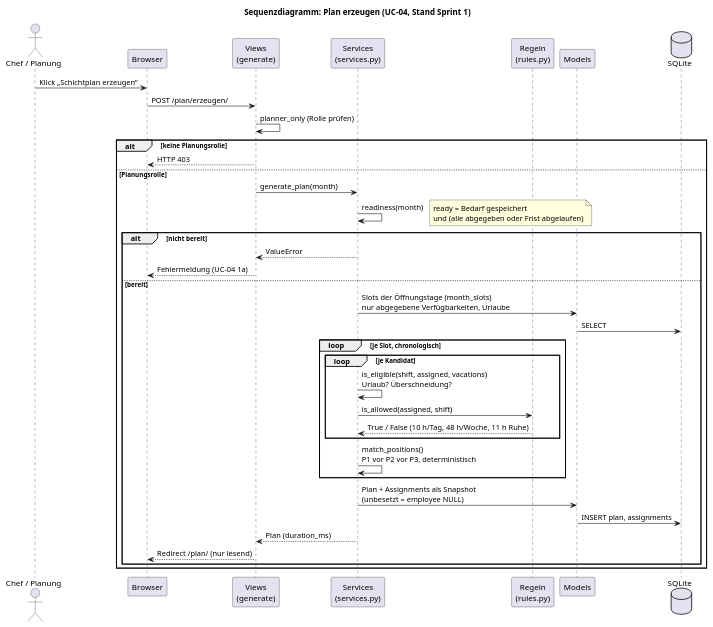
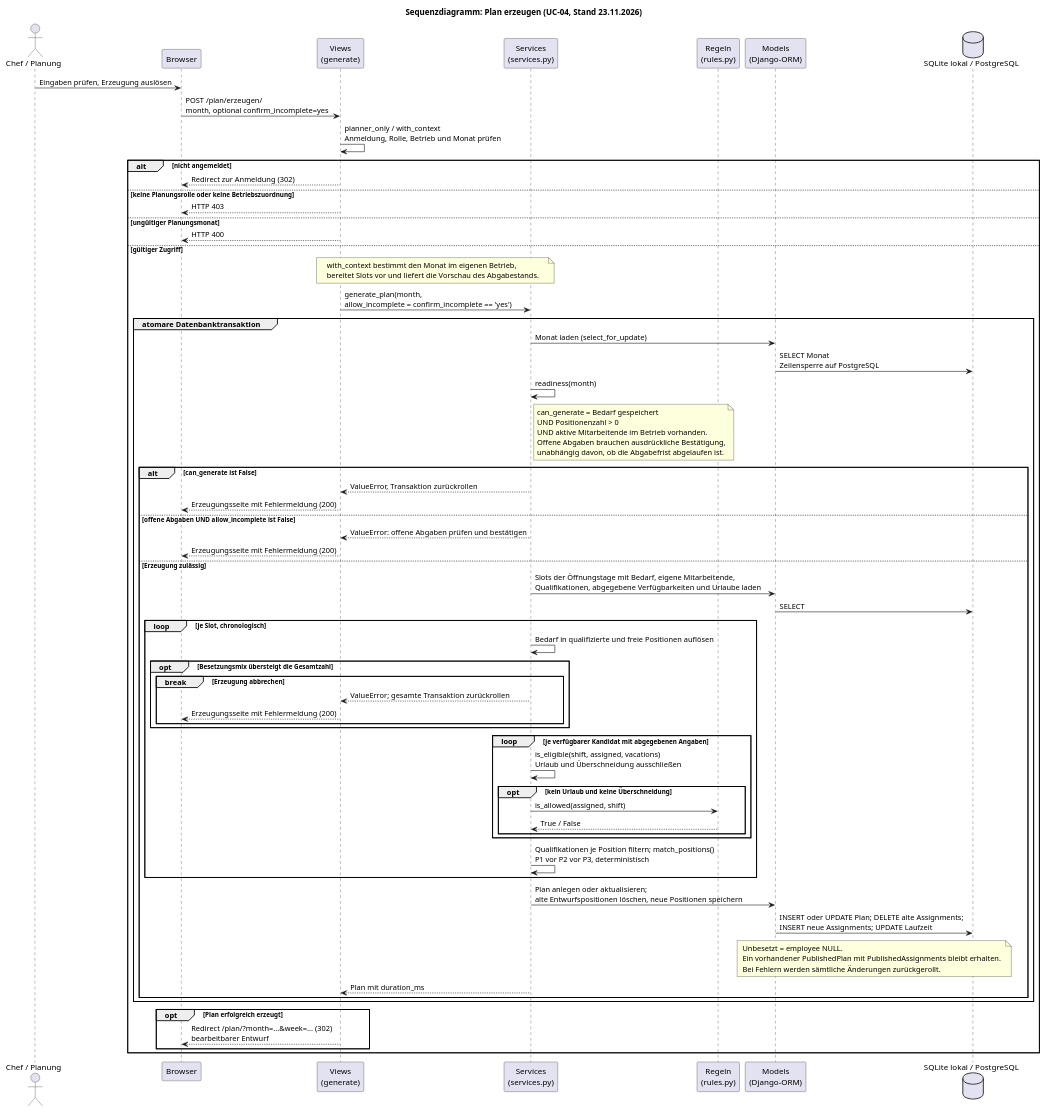
The diagram in docs/design/sequenz_plan_erzeugen.puml (shiftplanner-hsfl-team/shiftplanner), drawn with PlantUML before and after one commit. The commit also changed 8 other files, not shown here.

Commit message:
DESIGN #58: Übrige Entwurfsdiagramme und Architektur nachziehen

```diff
--- a/docs/design/sequenz_plan_erzeugen.puml
+++ b/docs/design/sequenz_plan_erzeugen.puml
@@ -1,47 +1,78 @@
 @startuml
-title Sequenzdiagramm: Plan erzeugen (UC-04, Stand Sprint 1)
+title Sequenzdiagramm: Plan erzeugen (UC-04, Stand 23.11.2026)
 
 actor "Chef / Planung" as chef
 participant "Browser" as browser
 participant "Views\n(generate)" as views
 participant "Services\n(services.py)" as services
 participant "Regeln\n(rules.py)" as rules
-participant "Models" as models
-database "SQLite" as db
+participant "Models\n(Django-ORM)" as models
+database "SQLite lokal / PostgreSQL" as db
 
-chef -> browser : Klick „Schichtplan erzeugen“
-browser -> views : POST /plan/erzeugen/
-views -> views : planner_only (Rolle prüfen)
-
-alt keine Planungsrolle
+chef -> browser : Eingaben prüfen, Erzeugung auslösen
+browser -> views : POST /plan/erzeugen/\nmonth, optional confirm_incomplete=yes
+views -> views : planner_only / with_context\nAnmeldung, Rolle, Betrieb und Monat prüfen
+alt nicht angemeldet
+  views --> browser : Redirect zur Anmeldung (302)
+else keine Planungsrolle oder keine Betriebszuordnung
   views --> browser : HTTP 403
-else Planungsrolle
-  views -> services : generate_plan(month)
-  services -> services : readiness(month)
-  note right
-    ready = Bedarf gespeichert
-    und (alle abgegeben oder Frist abgelaufen)
+else ungültiger Planungsmonat
+  views --> browser : HTTP 400
+else gültiger Zugriff
+  note over views, services
+    with_context bestimmt den Monat im eigenen Betrieb,
+    bereitet Slots vor und liefert die Vorschau des Abgabestands.
   end note
-
-  alt nicht bereit
-    services --> views : ValueError
-    views --> browser : Fehlermeldung (UC-04 1a)
-  else bereit
-    services -> models : Slots der Öffnungstage (month_slots)\nnur abgegebene Verfügbarkeiten, Urlaube
-    models -> db : SELECT
-    loop je Slot, chronologisch
-      loop je Kandidat
-        services -> services : is_eligible(shift, assigned, vacations)\nUrlaub? Überschneidung?
-        services -> rules : is_allowed(assigned, shift)
-        rules --> services : True / False (10 h/Tag, 48 h/Woche, 11 h Ruhe)
+  views -> services : generate_plan(month,\nallow_incomplete = confirm_incomplete == 'yes')
+  group atomare Datenbanktransaktion
+    services -> models : Monat laden (select_for_update)
+    models -> db : SELECT Monat\nZeilensperre auf PostgreSQL
+    services -> services : readiness(month)
+    note right of services
+      can_generate = Bedarf gespeichert
+      UND Positionenzahl > 0
+      UND aktive Mitarbeitende im Betrieb vorhanden.
+      Offene Abgaben brauchen ausdrückliche Bestätigung,
+      unabhängig davon, ob die Abgabefrist abgelaufen ist.
+    end note
+    alt can_generate ist False
+      services --> views : ValueError, Transaktion zurückrollen
+      views --> browser : Erzeugungsseite mit Fehlermeldung (200)
+    else offene Abgaben UND allow_incomplete ist False
+      services --> views : ValueError: offene Abgaben prüfen und bestätigen
+      views --> browser : Erzeugungsseite mit Fehlermeldung (200)
+    else Erzeugung zulässig
+      services -> models : Slots der Öffnungstage mit Bedarf, eigene Mitarbeitende,\nQualifikationen, abgegebene Verfügbarkeiten und Urlaube laden
+      models -> db : SELECT
+      loop je Slot, chronologisch
+        services -> services : Bedarf in qualifizierte und freie Positionen auflösen
+        opt Besetzungsmix übersteigt die Gesamtzahl
+          break Erzeugung abbrechen
+            services --> views : ValueError; gesamte Transaktion zurückrollen
+            views --> browser : Erzeugungsseite mit Fehlermeldung (200)
+          end
+        end
+        loop je verfügbarer Kandidat mit abgegebenen Angaben
+          services -> services : is_eligible(shift, assigned, vacations)\nUrlaub und Überschneidung ausschließen
+          opt kein Urlaub und keine Überschneidung
+            services -> rules : is_allowed(assigned, shift)
+            rules --> services : True / False
+          end
+        end
+        services -> services : Qualifikationen je Position filtern; match_positions()\nP1 vor P2 vor P3, deterministisch
       end
-      services -> services : match_positions()\nP1 vor P2 vor P3, deterministisch
+      services -> models : Plan anlegen oder aktualisieren;\nalte Entwurfspositionen löschen, neue Positionen speichern
+      models -> db : INSERT oder UPDATE Plan; DELETE alte Assignments;\nINSERT neue Assignments; UPDATE Laufzeit
+      note over models, db
+        Unbesetzt = employee NULL.
+        Ein vorhandener PublishedPlan mit PublishedAssignments bleibt erhalten.
+        Bei Fehlern werden sämtliche Änderungen zurückgerollt.
+      end note
+      services --> views : Plan mit duration_ms
     end
-    services -> models : Plan + Assignments als Snapshot\n(unbesetzt = employee NULL)
-    models -> db : INSERT plan, assignments
-    services --> views : Plan (duration_ms)
-    views --> browser : Redirect /plan/ (nur lesend)
+  end
+  opt Plan erfolgreich erzeugt
+    views --> browser : Redirect /plan/?month=...&week=... (302)\nbearbeitbarer Entwurf
   end
 end
-
 @enduml
```
